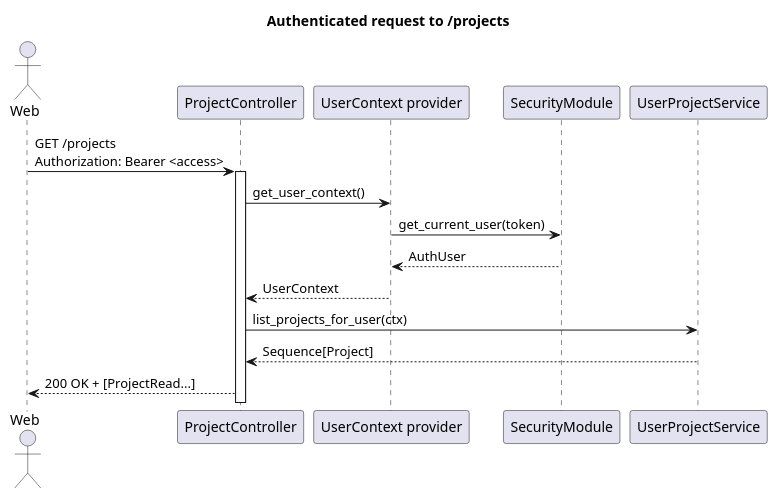
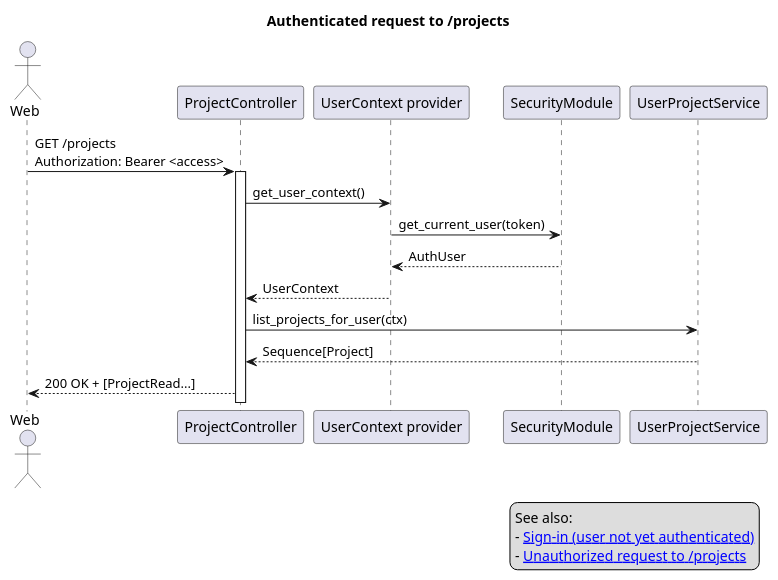
Before and after one commit to lukasijus/mlv1sion: the diagram in architecture/auth/logged-in-get-projects.puml, drawn with PlantUML. The commit also changed 5 other files, not shown here.

```diff
--- a/architecture/auth/logged-in-get-projects.puml
+++ b/architecture/auth/logged-in-get-projects.puml
@@ -2,23 +2,28 @@
 @startuml
 title Authenticated request to /projects
 
 actor Web as Web
 participant "ProjectController" as ProjectCtl
 participant "UserContext provider" as UserCtx
 participant "SecurityModule" as Sec
 participant "UserProjectService" as UserProjSvc
 
 Web -> ProjectCtl : GET /projects\nAuthorization: Bearer <access>
 activate ProjectCtl
 
 ' FastAPI resolves ctx = Depends(get_user_context)
 ProjectCtl -> UserCtx : get_user_context()
 UserCtx -> Sec : get_current_user(token)
 Sec --> UserCtx : AuthUser
 UserCtx --> ProjectCtl : UserContext
 
 ProjectCtl -> UserProjSvc : list_projects_for_user(ctx)
 UserProjSvc --> ProjectCtl : Sequence[Project]
 ProjectCtl --> Web : 200 OK + [ProjectRead...]
 
+legend right
+  See also:
+  - [[sign-in-no-auth.svg Sign-in (user not yet authenticated)]]
+  - [[unauthorized.svg Unauthorized request to /projects]]
+end legend
 @enduml
```
